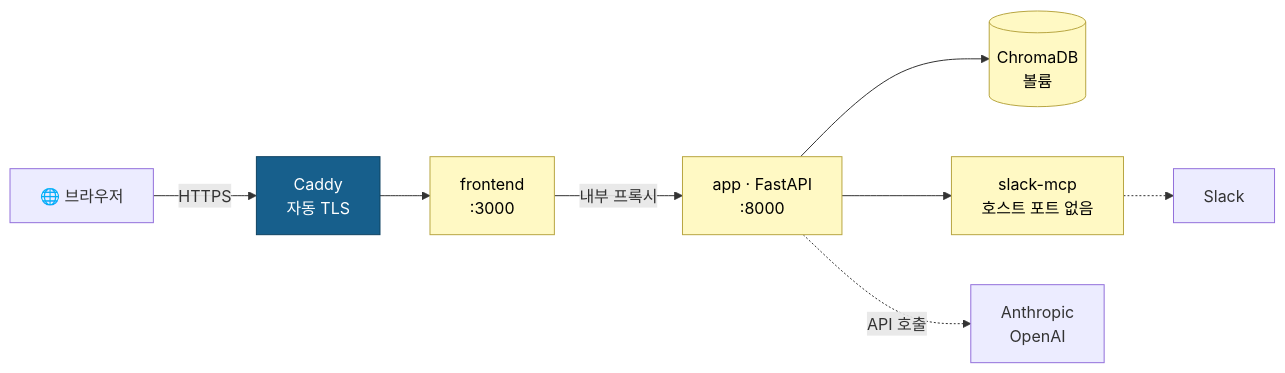
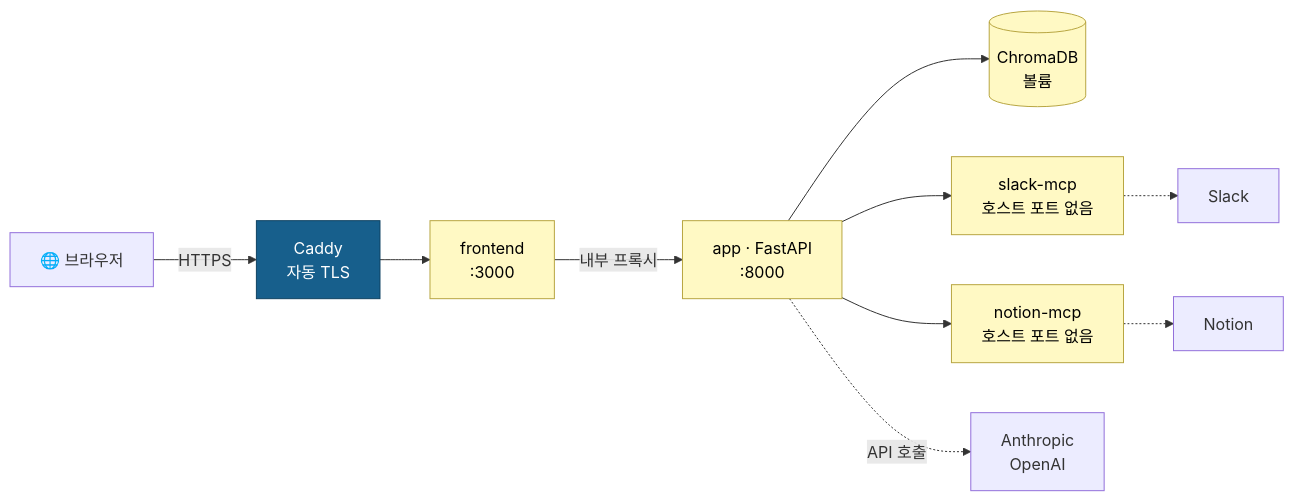
The fourth of 4 diagrams in README.md (MachuEngine/cs-assistant), drawn with Mermaid before and after one commit. The commit also changed other lines of this file and 3 other files, not shown here.

````diff
--- a/README.md
+++ b/README.md
@@ -491,15 +493,17 @@
 ```mermaid
 flowchart LR
     B["🌐 브라우저"] -->|"HTTPS"| CA["Caddy<br/>자동 TLS"]
     CA --> FE["frontend<br/>:3000"]
     FE -->|"내부 프록시"| AP["app · FastAPI<br/>:8000"]
     AP --> VOL[("ChromaDB<br/>볼륨")]
     AP --> SM["slack-mcp<br/>호스트 포트 없음"]
+    AP --> NM["notion-mcp<br/>호스트 포트 없음"]
     AP -.->|"API 호출"| EXT["Anthropic<br/>OpenAI"]
     SM -.-> SL["Slack"]
+    NM -.-> NO["Notion"]
 
     classDef svc fill:#fff9c4,stroke:#b8a642,color:#000
     classDef pub fill:#175F8C,stroke:#0f4363,color:#fff
-    class FE,AP,SM,VOL svc
+    class FE,AP,SM,NM,VOL svc
     class CA pub
 ```
````
